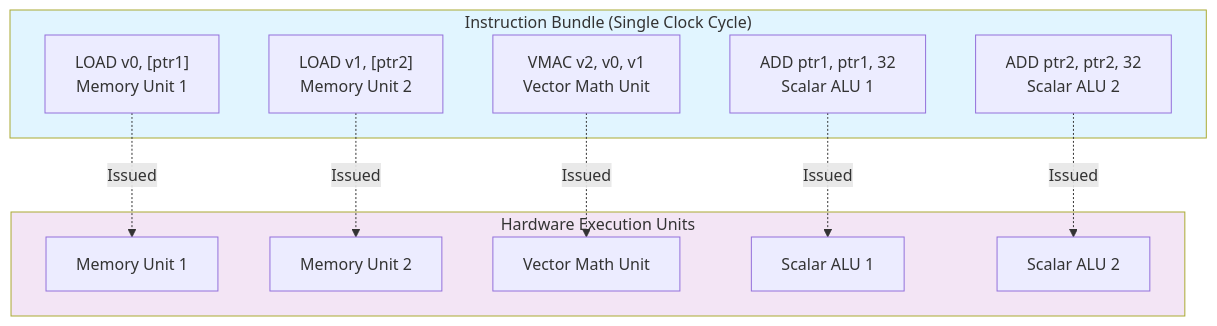
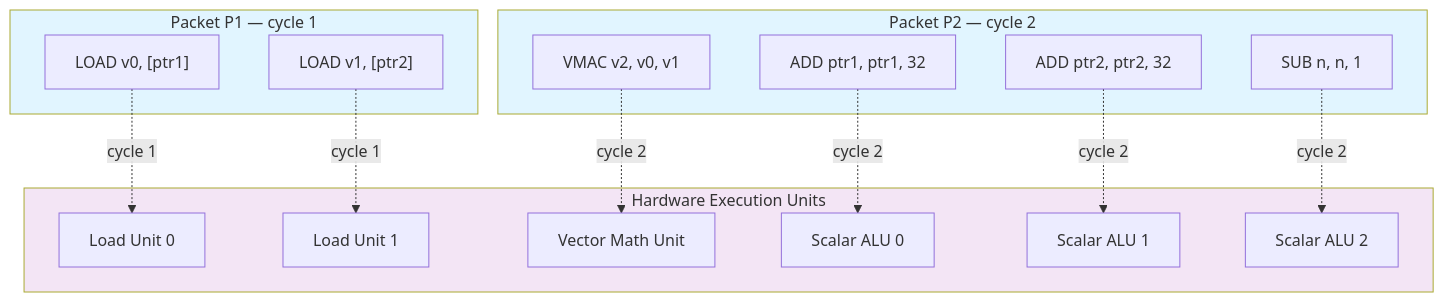
Before and after one commit to hiraditya/hiraditya.github.io: the diagram in _posts/2026-06-16-why-vliw-architecture-is-popular-again.md, drawn with Mermaid. The commit also changed other lines of this file and 1 other file, not shown here.

Commit message:
Fix conceptual VLIW loop example and align prose and diagram
Replace the buggy ORR/JNZ loop terminator (register clobber, stale
parallel-read, wrong condition) with a correct counted loop, and update
the packet description and mermaid diagram to match.

````diff
--- a/_posts/2026-06-16-why-vliw-architecture-is-popular-again.md
+++ b/_posts/2026-06-16-why-vliw-architecture-is-popular-again.md
@@ -38,27 +41,34 @@
 ```mermaid
 graph TB
-    subgraph Bundle["Instruction Bundle (Single Clock Cycle)"]
-        L1["LOAD v0, [ptr1]<br/>Memory Unit 1"]
-        L2["LOAD v1, [ptr2]<br/>Memory Unit 2"]
-        VM["VMAC v2, v0, v1<br/>Vector Math Unit"]
-        A1["ADD ptr1, ptr1, 32<br/>Scalar ALU 1"]
-        A2["ADD ptr2, ptr2, 32<br/>Scalar ALU 2"]
+    subgraph P1["Packet P1 — cycle 1"]
+        L1["LOAD v0, [ptr1]"]
+        L2["LOAD v1, [ptr2]"]
+    end
+
+    subgraph P2["Packet P2 — cycle 2"]
+        VM["VMAC v2, v0, v1"]
+        A1["ADD ptr1, ptr1, 32"]
+        A2["ADD ptr2, ptr2, 32"]
+        S1["SUB n, n, 1"]
     end
 
     subgraph HW["Hardware Execution Units"]
-        MU1["Memory Unit 1"]
-        MU2["Memory Unit 2"]
+        MU0["Load Unit 0"]
+        MU1["Load Unit 1"]
         VMU["Vector Math Unit"]
+        ALU0["Scalar ALU 0"]
         ALU1["Scalar ALU 1"]
         ALU2["Scalar ALU 2"]
     end
 
-    L1 -.->|Issued| MU1
-    L2 -.->|Issued| MU2
-    VM -.->|Issued| VMU
-    A1 -.->|Issued| ALU1
-    A2 -.->|Issued| ALU2
+    L1 -.->|cycle 1| MU0
+    L2 -.->|cycle 1| MU1
+    VM -.->|cycle 2| VMU
+    A1 -.->|cycle 2| ALU0
+    A2 -.->|cycle 2| ALU1
+    S1 -.->|cycle 2| ALU2
 
-    style Bundle fill:#e1f5ff
+    style P1 fill:#e1f5ff
+    style P2 fill:#e1f5ff
     style HW fill:#f3e5f5
 ```
````
